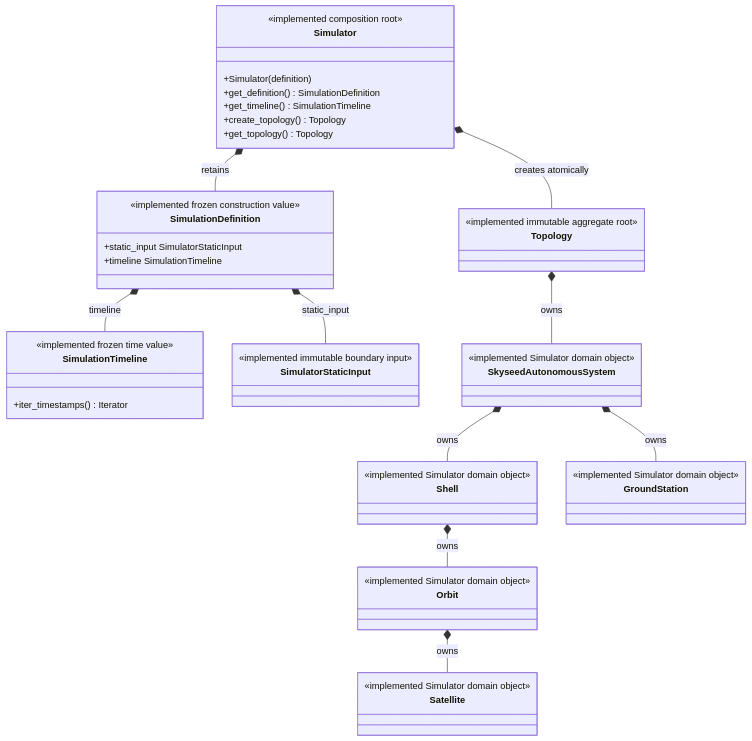
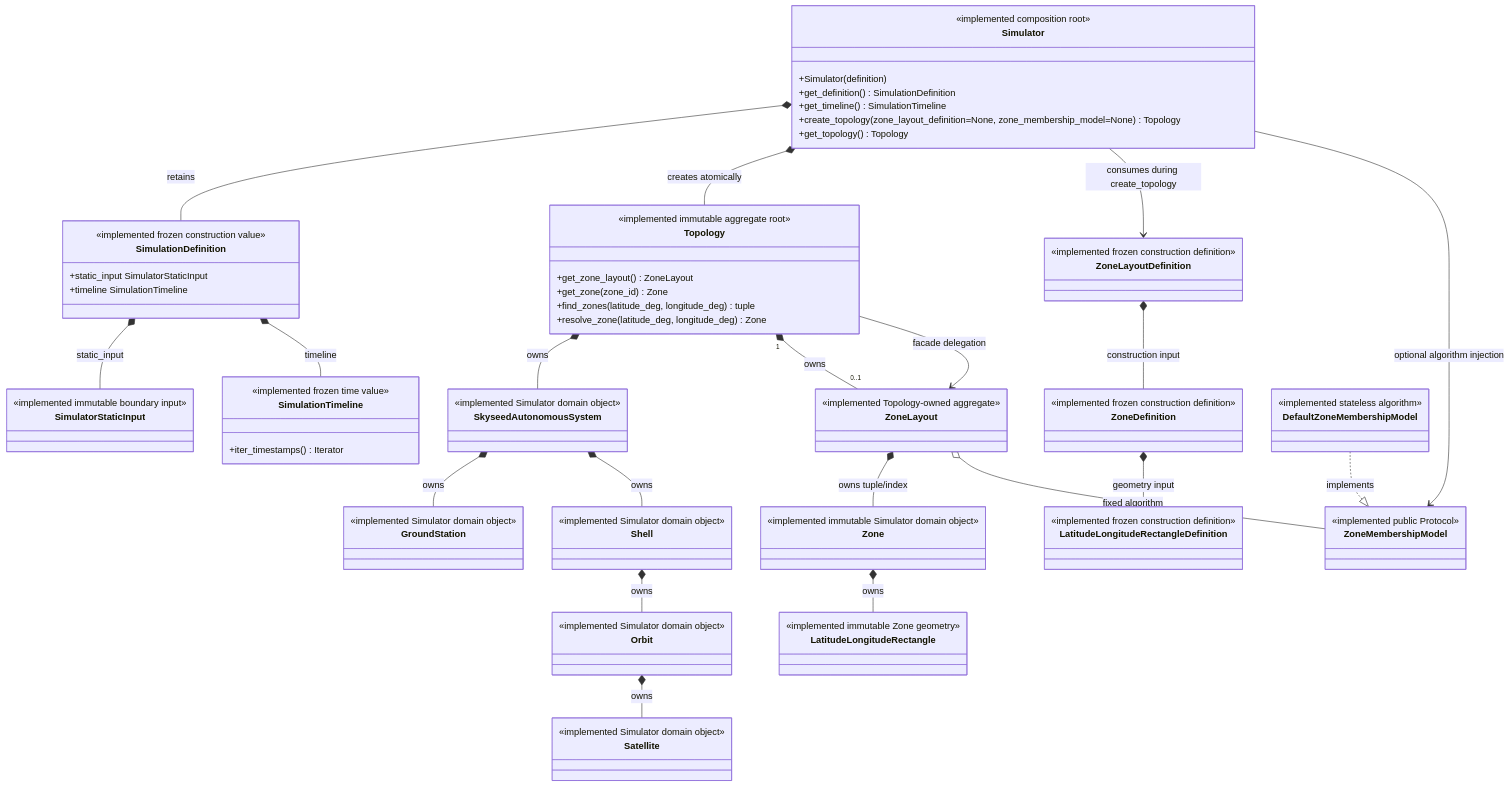
One commit to seed-labs/skyseed changed the fourth of 4 diagrams in skyseed_v2/docs/architecture/emulator-public-construction-api.md. Above: the diagram before and after it, drawn with Mermaid. The commit also changed other lines of this file and 30 other files, not shown here.

Commit message:
Implement Simulator static Zone domain

````diff
--- a/skyseed_v2/docs/architecture/emulator-public-construction-api.md
+++ b/skyseed_v2/docs/architecture/emulator-public-construction-api.md
@@ -273,7 +298,7 @@
         +Simulator(definition)
         +get_definition() SimulationDefinition
         +get_timeline() SimulationTimeline
-        +create_topology() Topology
+        +create_topology(zone_layout_definition=None, zone_membership_model=None) Topology
         +get_topology() Topology
     }
     class SimulationDefinition {
@@ -290,6 +315,10 @@
     }
     class Topology {
         <<implemented immutable aggregate root>>
+        +get_zone_layout() ZoneLayout
+        +get_zone(zone_id) Zone
+        +find_zones(latitude_deg, longitude_deg) tuple
+        +resolve_zone(latitude_deg, longitude_deg) Zone
     }
     class SkyseedAutonomousSystem {
         <<implemented Simulator domain object>>
@@ -306,6 +335,30 @@
     class GroundStation {
         <<implemented Simulator domain object>>
     }
+    class LatitudeLongitudeRectangleDefinition {
+        <<implemented frozen construction definition>>
+    }
+    class ZoneDefinition {
+        <<implemented frozen construction definition>>
+    }
+    class ZoneLayoutDefinition {
+        <<implemented frozen construction definition>>
+    }
+    class LatitudeLongitudeRectangle {
+        <<implemented immutable Zone geometry>>
+    }
+    class Zone {
+        <<implemented immutable Simulator domain object>>
+    }
+    class ZoneLayout {
+        <<implemented Topology-owned aggregate>>
+    }
+    class ZoneMembershipModel {
+        <<implemented public Protocol>>
+    }
+    class DefaultZoneMembershipModel {
+        <<implemented stateless algorithm>>
+    }
 
     Simulator *-- SimulationDefinition : retains
     SimulationDefinition *-- SimulatorStaticInput : static_input
@@ -316,4 +369,14 @@
     SkyseedAutonomousSystem *-- Shell : owns
     Shell *-- Orbit : owns
     Orbit *-- Satellite : owns
+    ZoneLayoutDefinition *-- ZoneDefinition : construction input
+    ZoneDefinition *-- LatitudeLongitudeRectangleDefinition : geometry input
+    Simulator --> ZoneLayoutDefinition : consumes during create_topology
+    Simulator --> ZoneMembershipModel : optional algorithm injection
+    Topology "1" *-- "0..1" ZoneLayout : owns
+    ZoneLayout *-- Zone : owns tuple/index
+    ZoneLayout o-- ZoneMembershipModel : fixed algorithm
+    Zone *-- LatitudeLongitudeRectangle : owns
+    DefaultZoneMembershipModel ..|> ZoneMembershipModel : implements
+    Topology --> ZoneLayout : facade delegation
 ```
````
